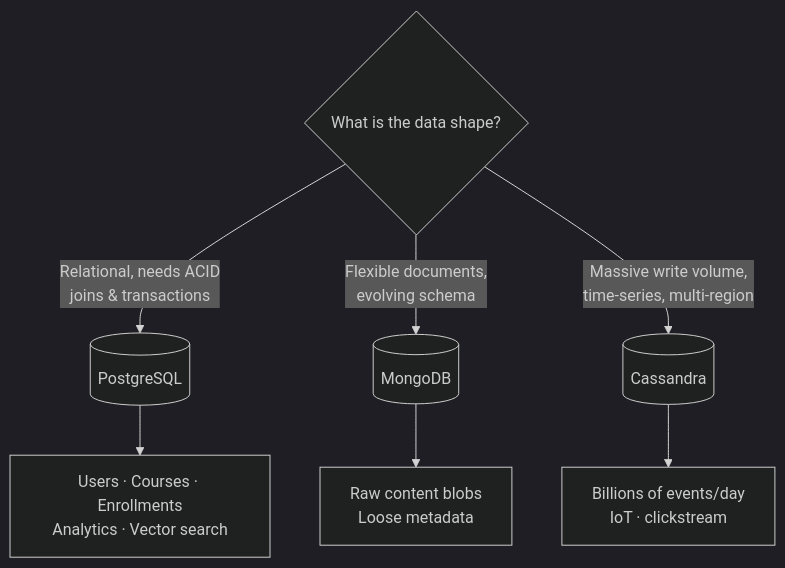
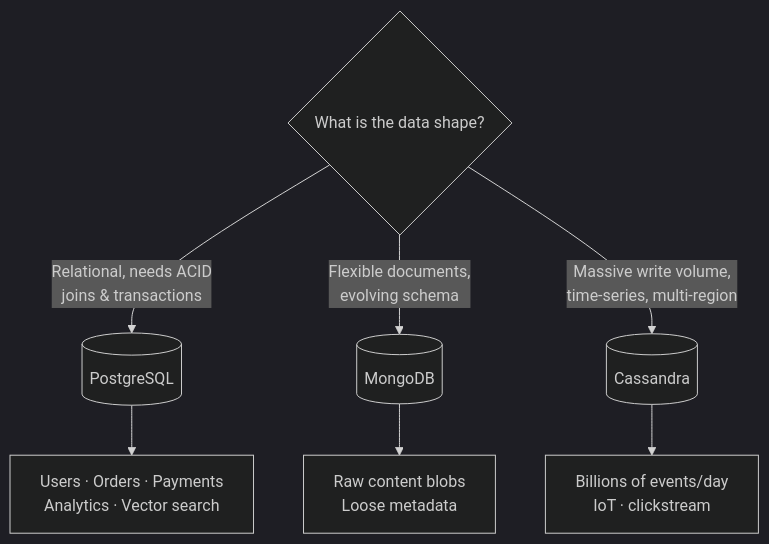
Before and after one commit to Hamza-Afraiz/Python-learning: the first of 3 diagrams in src/content/docs/concepts/data-storage.md, drawn with Mermaid (dark theme). The commit also changed other lines of this file and 5 other files, not shown here.

````diff
--- a/src/content/docs/concepts/data-storage.md
+++ b/src/content/docs/concepts/data-storage.md
@@ -14,11 +14,11 @@
 ```mermaid
 flowchart TB
     Q{What is the data shape?}
     Q -->|"Relational, needs ACID<br/>joins & transactions"| PG[(PostgreSQL)]
     Q -->|"Flexible documents,<br/>evolving schema"| MG[(MongoDB)]
     Q -->|"Massive write volume,<br/>time-series, multi-region"| CS[(Cassandra)]
 
-    PG --> PGu["Users · Courses · Enrollments<br/>Analytics · Vector search"]
+    PG --> PGu["Users · Orders · Payments<br/>Analytics · Vector search"]
     MG --> MGu["Raw content blobs<br/>Loose metadata"]
     CS --> CSu["Billions of events/day<br/>IoT · clickstream"]
 ```
````
